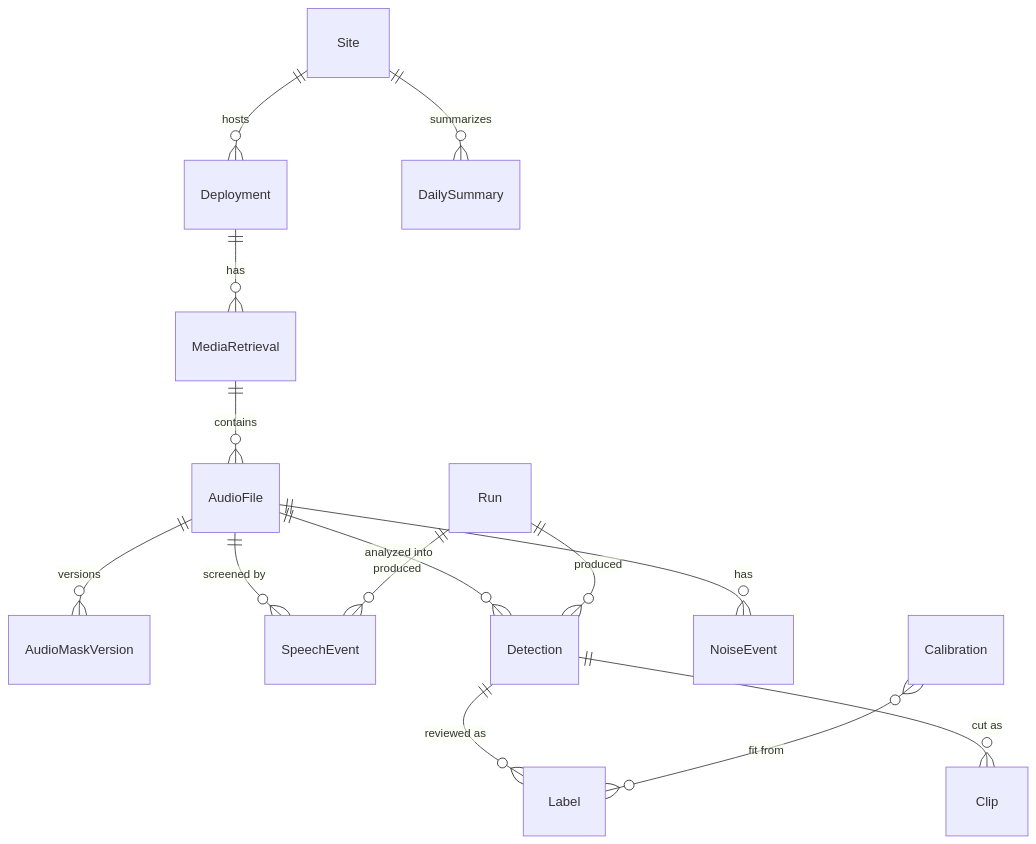
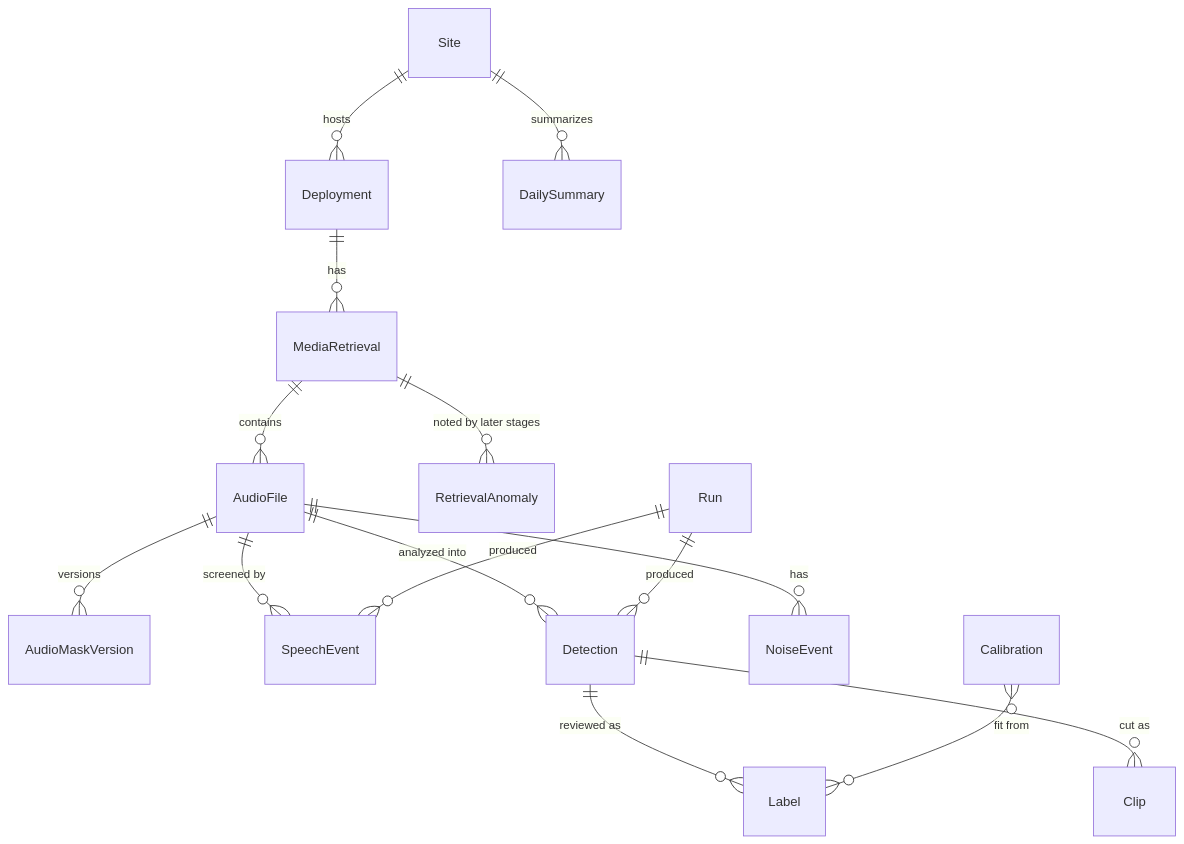
One commit to mattjtravers/urban-biomonitoring changed the diagram in docs/intent/data-model/data-model-design.md. Above: the diagram before and after it, drawn with Mermaid. The commit also changed other lines of this file and 17 other files, not shown here.

````diff
--- a/docs/intent/data-model/data-model-design.md
+++ b/docs/intent/data-model/data-model-design.md
@@ -320,16 +337,17 @@
 ```mermaid
 erDiagram
   Site ||--o{ Deployment : hosts
   Deployment ||--o{ MediaRetrieval : "has"
   MediaRetrieval ||--o{ AudioFile : contains
+  MediaRetrieval ||--o{ RetrievalAnomaly : "noted by later stages"
   AudioFile ||--o{ AudioMaskVersion : "versions"
   AudioFile ||--o{ SpeechEvent : "screened by"
   AudioFile ||--o{ Detection : "analyzed into"
   AudioFile ||--o{ NoiseEvent : "has"
   Detection ||--o{ Label : "reviewed as"
   Detection ||--o{ Clip : "cut as"
   Calibration }o--o{ Label : "fit from"
   Site ||--o{ DailySummary : summarizes
   Run ||--o{ Detection : produced
   Run ||--o{ SpeechEvent : produced
 ```
````
